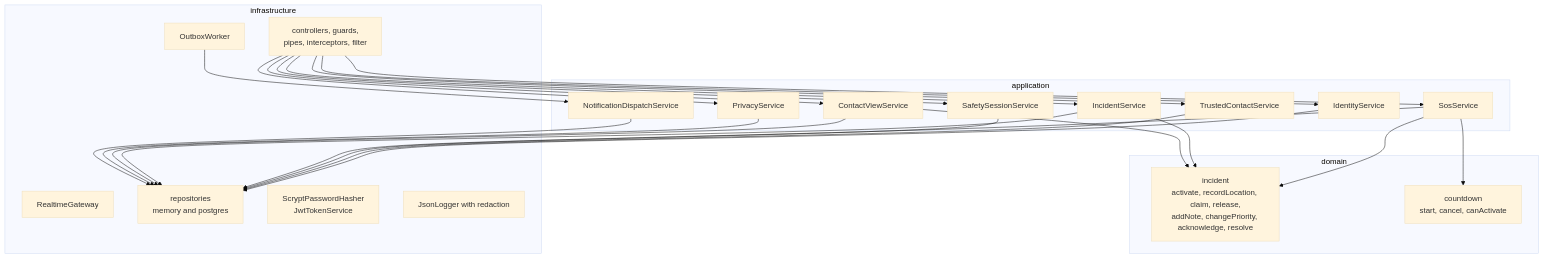
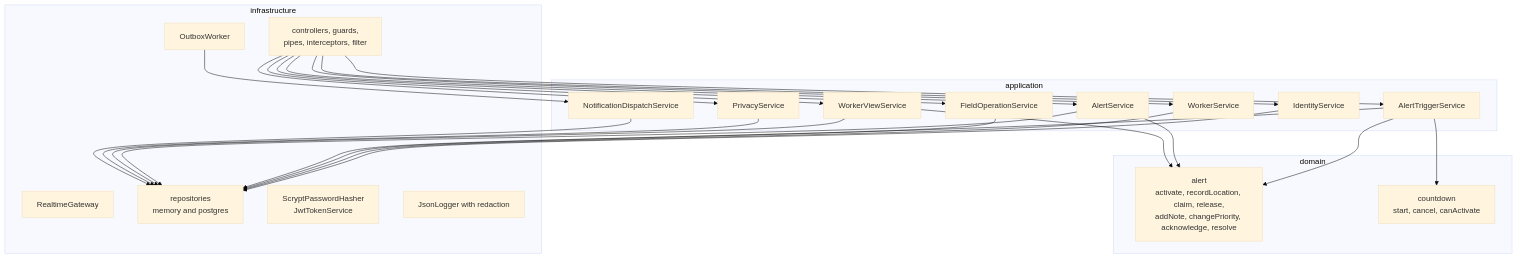
The second of 4 diagrams in ARCHITECTURE.md (Sam12355/agricore-farm-platform), drawn with Mermaid (base theme) before and after one commit. The commit also changed other lines of this file and 205 other files, not shown here.

````diff
--- a/ARCHITECTURE.md
+++ b/ARCHITECTURE.md
@@ -25,35 +25,35 @@
 ```mermaid
 flowchart TB
     subgraph domain
-        INC["incident<br/>activate, recordLocation, claim, release,<br/>addNote, changePriority, acknowledge, resolve"]
+        INC["alert<br/>activate, recordLocation, claim, release,<br/>addNote, changePriority, acknowledge, resolve"]
         CD["countdown<br/>start, cancel, canActivate"]
     end
 
     subgraph application
         IDS["IdentityService"]
-        TCS["TrustedContactService"]
-        SSS["SafetySessionService"]
-        SOS["SosService"]
-        INS["IncidentService"]
-        CVS["ContactViewService"]
+        TCS["WorkerService"]
+        SSS["FieldOperationService"]
+        ATS["AlertTriggerService"]
+        INS["AlertService"]
+        CVS["WorkerViewService"]
         PRS["PrivacyService"]
         NDS["NotificationDispatchService"]
     end
 
     subgraph infrastructure
         HTTP["controllers, guards,<br/>pipes, interceptors, filter"]
         RT["RealtimeGateway"]
         PERSIST["repositories<br/>memory and postgres"]
         SEC["ScryptPasswordHasher<br/>JwtTokenService"]
         OBS["JsonLogger with redaction"]
         WORK["OutboxWorker"]
     end
 
-    HTTP --> IDS & TCS & SSS & SOS & INS & CVS & PRS
+    HTTP --> IDS & TCS & SSS & ATS & INS & CVS & PRS
     WORK --> NDS
-    SOS --> CD
-    SOS --> INC
+    ATS --> CD
+    ATS --> INC
     INS --> INC
     CVS --> INC
-    IDS & TCS & SSS & SOS & INS & CVS & PRS & NDS --> PERSIST
+    IDS & TCS & SSS & ATS & INS & CVS & PRS & NDS --> PERSIST
 ```
````
